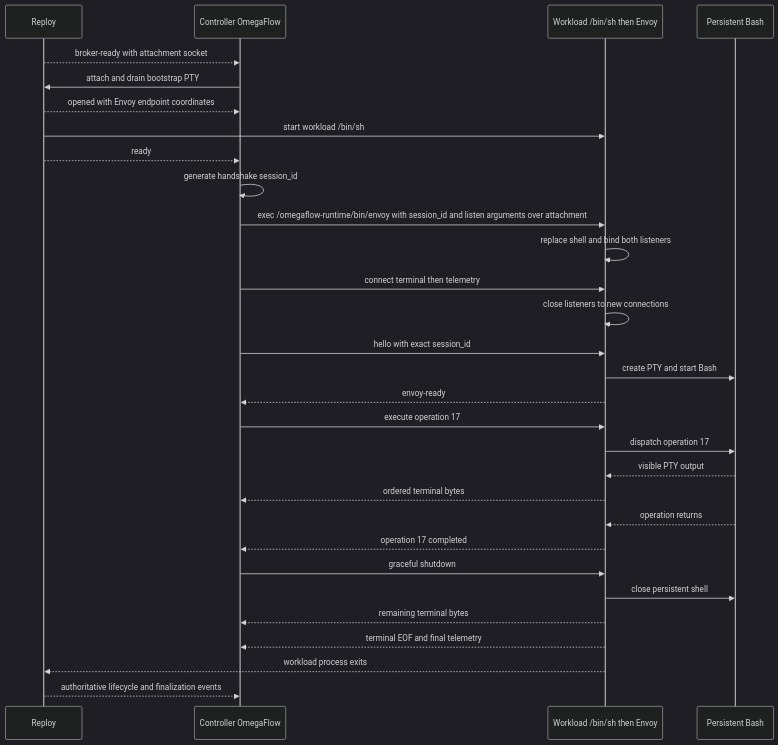
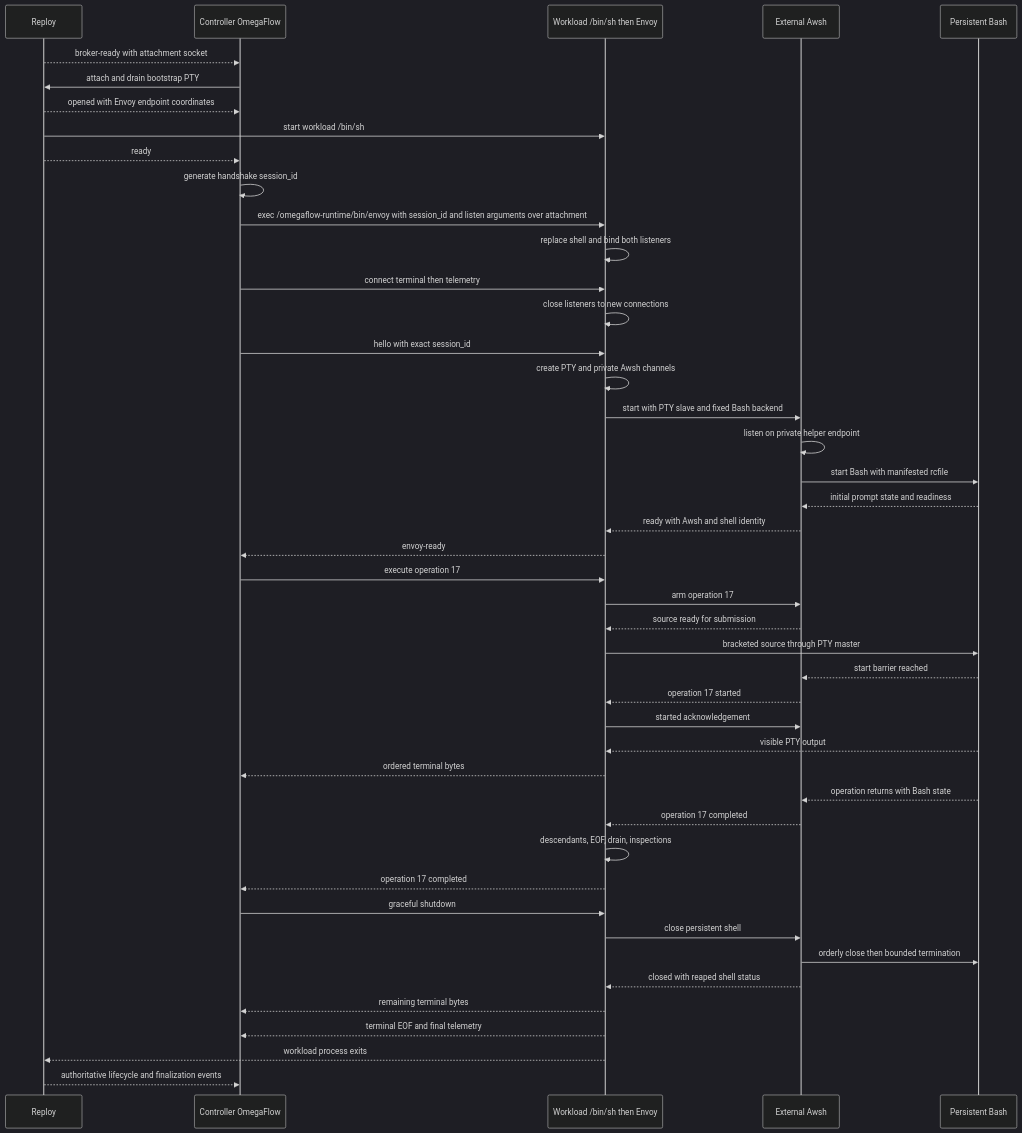
Before and after one commit to omry/omegaflow: the second of 2 diagrams in docs/design/omegaflow-envoy-design.md, drawn with Mermaid (dark theme). The commit also changed other lines of this file and 4 other files, not shown here.

````diff
--- a/docs/design/omegaflow-envoy-design.md
+++ b/docs/design/omegaflow-envoy-design.md
@@ -593,35 +812,50 @@
 ```mermaid
 sequenceDiagram
     participant R as Reploy
     participant C as Controller OmegaFlow
     participant W as Workload /bin/sh then Envoy
+    participant A as External Awsh
     participant B as Persistent Bash
 
     R-->>C: broker-ready with attachment socket
     C->>R: attach and drain bootstrap PTY
     R-->>C: opened with Envoy endpoint coordinates
     R->>W: start workload /bin/sh
     R-->>C: ready
     C->>C: generate handshake session_id
     C->>W: exec /omegaflow-runtime/bin/envoy with session_id and listen arguments over attachment
     W->>W: replace shell and bind both listeners
     C->>W: connect terminal then telemetry
     W->>W: close listeners to new connections
     C->>W: hello with exact session_id
-    W->>B: create PTY and start Bash
+    W->>W: create PTY and private Awsh channels
+    W->>A: start with PTY slave and fixed Bash backend
+    A->>A: listen on private helper endpoint
+    A->>B: start Bash with manifested rcfile
+    B-->>A: initial prompt state and readiness
+    A-->>W: ready with Awsh and shell identity
     W-->>C: envoy-ready
 
     C->>W: execute operation 17
-    W->>B: dispatch operation 17
+    W->>A: arm operation 17
+    A-->>W: source ready for submission
+    W->>B: bracketed source through PTY master
+    B-->>A: start barrier reached
+    A-->>W: operation 17 started
+    W->>A: started acknowledgement
     B-->>W: visible PTY output
     W-->>C: ordered terminal bytes
-    B-->>W: operation returns
+    B-->>A: operation returns with Bash state
+    A-->>W: operation 17 completed
+    W->>W: descendants, EOF, drain, inspections
     W-->>C: operation 17 completed
 
     C->>W: graceful shutdown
-    W->>B: close persistent shell
+    W->>A: close persistent shell
+    A->>B: orderly close then bounded termination
+    A-->>W: closed with reaped shell status
     W-->>C: remaining terminal bytes
     W-->>C: terminal EOF and final telemetry
     W-->>R: workload process exits
     R-->>C: authoritative lifecycle and finalization events
 ```
````
